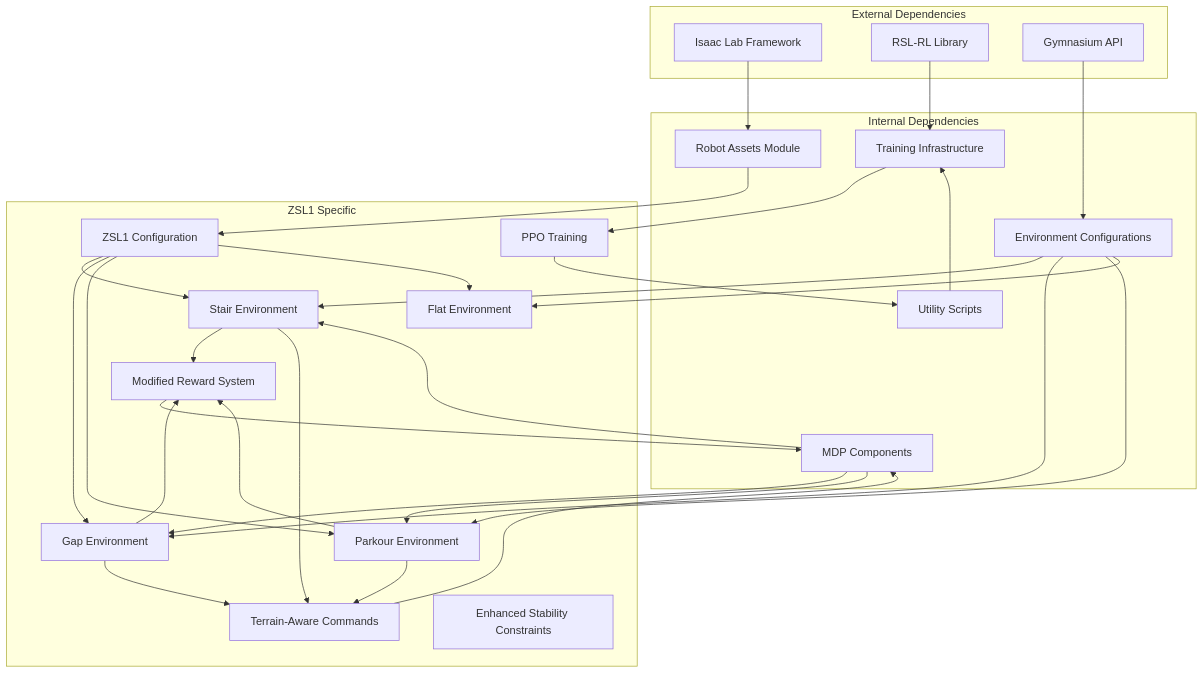
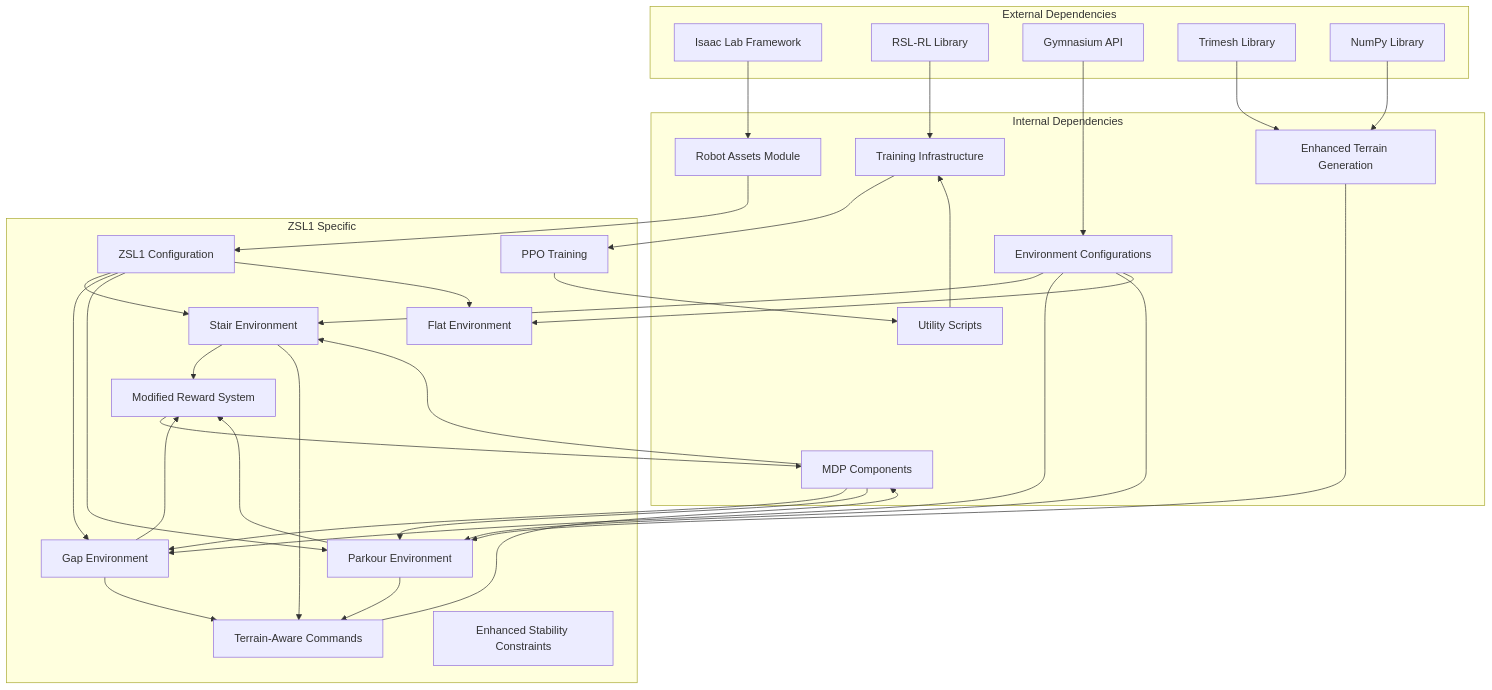
Before and after one commit to jayjayhust/robot_lab: diagram 11 of 11 in .qoder/repowiki/en/content/ZSIBOT ZSL1 Stair Climbing Configuration.md, drawn with Mermaid. The commit also changed other lines of this file and 27 other files, not shown here.

````diff
--- a/.qoder/repowiki/en/content/ZSIBOT ZSL1 Stair Climbing Configuration.md
+++ b/.qoder/repowiki/en/content/ZSIBOT ZSL1 Stair Climbing Configuration.md
@@ -529,52 +589,58 @@
 ```mermaid
 graph TB
 subgraph "External Dependencies"
 ISAACLAB["Isaac Lab Framework"]
 RSL_RL["RSL-RL Library"]
 GYMNASIUM["Gymnasium API"]
+TRIMESH["Trimesh Library"]
+NUMPY["NumPy Library"]
 end
 subgraph "Internal Dependencies"
 ASSETS["Robot Assets Module"]
 ENV_CONFIG["Environment Configurations"]
 TRAINING["Training Infrastructure"]
 SCRIPTS["Utility Scripts"]
 MDP["MDP Components"]
+TERRAIN_GEN["Enhanced Terrain Generation"]
 end
 subgraph "ZSL1 Specific"
 ZSL1_CFG["ZSL1 Configuration"]
 STAIR_CFG["Stair Environment"]
 GAP_CFG["Gap Environment"]
 PARKOUR_CFG["Parkour Environment"]
 FLAT_CFG["Flat Environment"]
 PPO_CFG["PPO Training"]
 MODIFIED_REWARDS["Modified Reward System"]
 TERRAIN_COMMANDS["Terrain-Aware Commands"]
 END_STABILITY["Enhanced Stability Constraints"]
 end
 ISAACLAB --> ASSETS
 RSL_RL --> TRAINING
 GYMNASIUM --> ENV_CONFIG
 ASSETS --> ZSL1_CFG
 ENV_CONFIG --> STAIR_CFG
 ENV_CONFIG --> GAP_CFG
 ENV_CONFIG --> PARKOUR_CFG
 ENV_CONFIG --> FLAT_CFG
 TRAINING --> PPO_CFG
 SCRIPTS --> TRAINING
 ZSL1_CFG --> STAIR_CFG
 ZSL1_CFG --> GAP_CFG
 ZSL1_CFG --> PARKOUR_CFG
 ZSL1_CFG --> FLAT_CFG
 PPO_CFG --> SCRIPTS
 STAIR_CFG --> MODIFIED_REWARDS
 GAP_CFG --> MODIFIED_REWARDS
 PARKOUR_CFG --> MODIFIED_REWARDS
 STAIR_CFG --> TERRAIN_COMMANDS
 GAP_CFG --> TERRAIN_COMMANDS
 PARKOUR_CFG --> TERRAIN_COMMANDS
 MODIFIED_REWARDS --> MDP
 TERRAIN_COMMANDS --> MDP
 MDP --> STAIR_CFG
 MDP --> GAP_CFG
 MDP --> PARKOUR_CFG
+TERRAIN_GEN --> PARKOUR_CFG
+TRIMESH --> TERRAIN_GEN
+NUMPY --> TERRAIN_GEN
 ```
````
